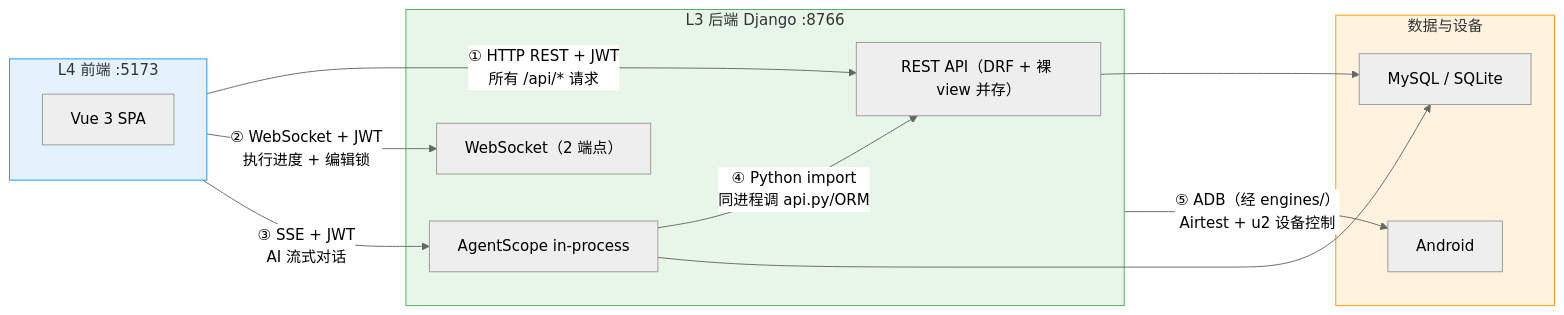
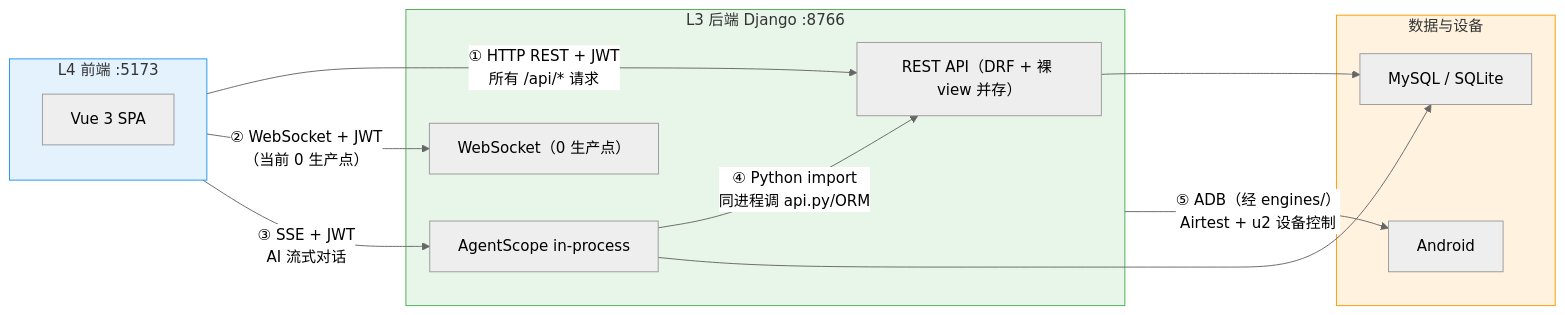
One commit to Kahoku-lazy/Android-AutoTests changed the third of 6 diagrams in dev_docs/03-设计与架构/ARCH-00-平台总体架构.md. Above: the diagram before and after it, drawn with Mermaid (neutral theme). The commit also changed other lines of this file and 24 other files, not shown here.

````diff
--- a/dev_docs/03-设计与架构/ARCH-00-平台总体架构.md
+++ b/dev_docs/03-设计与架构/ARCH-00-平台总体架构.md
@@ -214,29 +193,29 @@
 ```mermaid
 flowchart LR
     subgraph Frontend["L4 前端 :5173"]
         Vue["Vue 3 SPA"]
     end
 
     subgraph Django["L3 后端 Django :8766"]
         API["REST API（DRF + 裸 view 并存）"]
-        WS["WebSocket（2 端点）"]
+        WS["WebSocket（0 生产点）"]
         AS["AgentScope in-process"]
     end
 
     subgraph Data["数据与设备"]
         DB["MySQL / SQLite"]
         Dev["Android"]
     end
 
     Frontend -->|"① HTTP REST + JWT<br/>所有 /api/* 请求"| API
-    Frontend -->|"② WebSocket + JWT<br/>执行进度 + 编辑锁"| WS
+    Frontend -->|"② WebSocket + JWT<br/>（当前 0 生产点）"| WS
     Frontend -->|"③ SSE + JWT<br/>AI 流式对话"| AS
     AS -->|"④ Python import<br/>同进程调 api.py/ORM"| API
     Django -->|"⑤ ADB（经 engines/）<br/>Airtest + u2 设备控制"| Dev
     API --> DB
     AS --> DB
 
     style Frontend fill:#e3f2fd,stroke:#2196f3
     style Django fill:#e8f5e9,stroke:#4caf50
     style Data fill:#fff3e0,stroke:#ff9800
 ```
````
